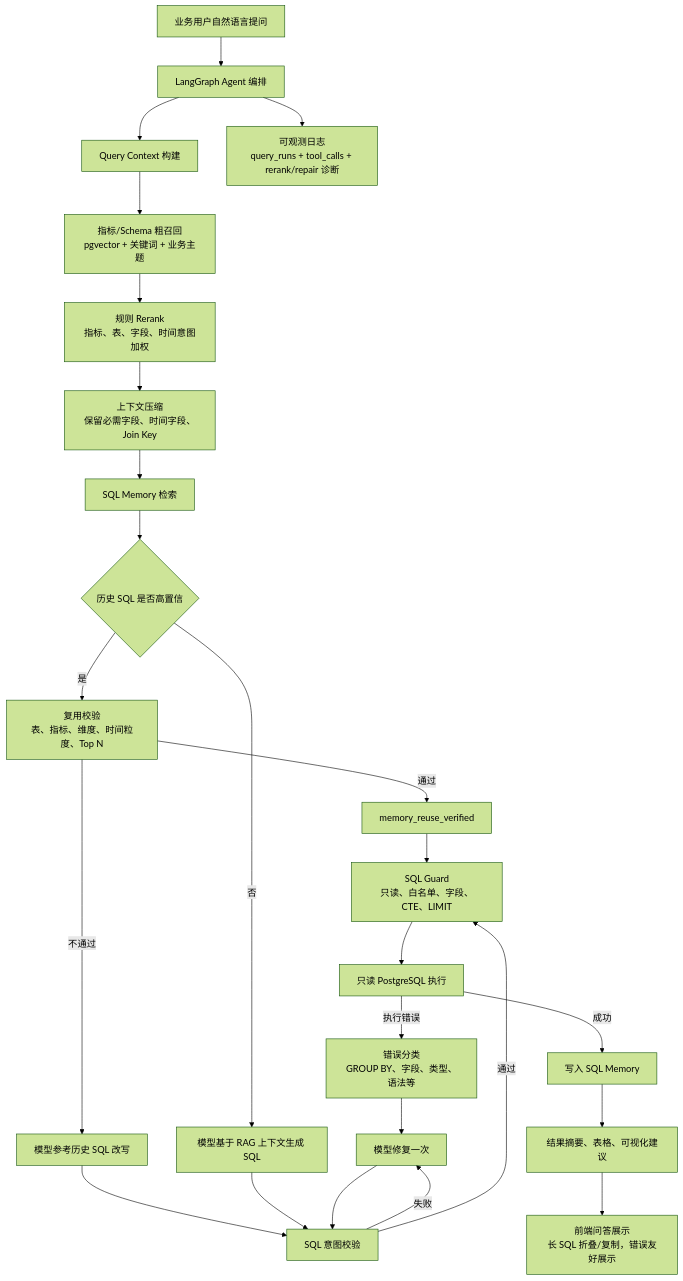
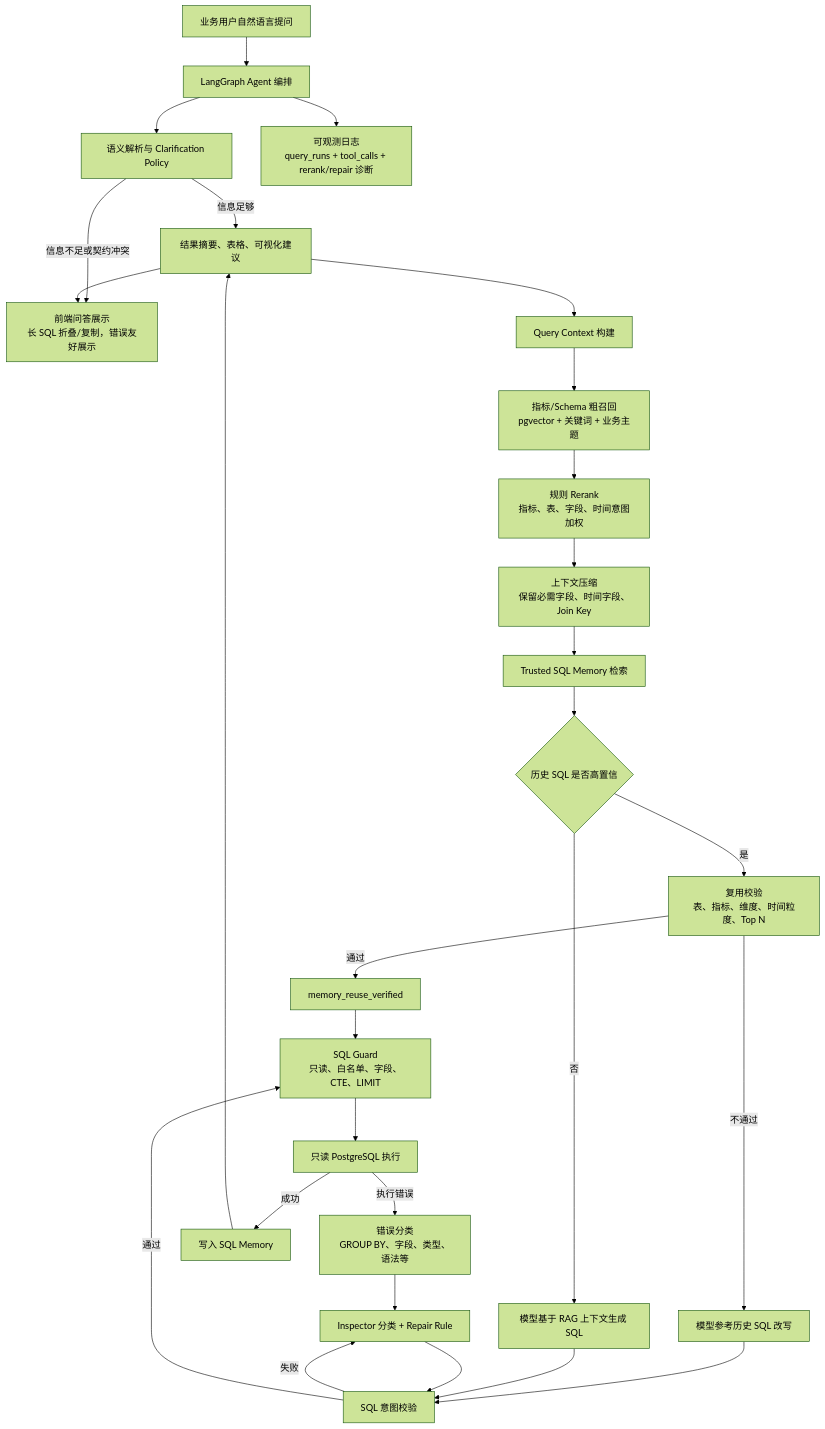
One commit to sheng143998/local-data-analysis-agent changed the diagram in README.md. Above: the diagram before and after it, drawn with Mermaid (forest theme). The commit also changed other lines of this file and 7 other files, not shown here.

````diff
--- a/README.md
+++ b/README.md
@@ -17,27 +23,30 @@
 ```mermaid
 flowchart TD
   A["业务用户自然语言提问"] --> B["LangGraph Agent 编排"]
-  B --> C["Query Context 构建"]
+  B --> S["语义解析与 Clarification Policy"]
+  S -->|信息不足或契约冲突| Q["模型生成自然澄清"]
+  S -->|信息足够| P["Query Plan"]
+  P --> C["Query Context 构建"]
   C --> C1["指标/Schema 粗召回<br/>pgvector + 关键词 + 业务主题"]
   C1 --> C2["规则 Rerank<br/>指标、表、字段、时间意图加权"]
   C2 --> C3["上下文压缩<br/>保留必需字段、时间字段、Join Key"]
-  C3 --> D["SQL Memory 检索"]
+  C3 --> D["Trusted SQL Memory 检索"]
   D --> E{"历史 SQL 是否高置信"}
   E -->|是| F["复用校验<br/>表、指标、维度、时间粒度、Top N"]
   F -->|通过| G["memory_reuse_verified"]
   F -->|不通过| H["模型参考历史 SQL 改写"]
   E -->|否| I["模型基于 RAG 上下文生成 SQL"]
   H --> J["SQL 意图校验"]
   I --> J
   G --> K["SQL Guard<br/>只读、白名单、字段、CTE、LIMIT"]
-  J -->|失败| L["模型修复一次"]
+  J -->|失败| L["Inspector 分类 + Repair Rule"]
   L --> J
   J -->|通过| K
   K --> M["只读 PostgreSQL 执行"]
   M -->|执行错误| N["错误分类<br/>GROUP BY、字段、类型、语法等"]
   N --> L
   M -->|成功| O["写入 SQL Memory"]
   O --> P["结果摘要、表格、可视化建议"]
   P --> Q["前端问答展示<br/>长 SQL 折叠/复制，错误友好展示"]
   B --> R["可观测日志<br/>query_runs + tool_calls + rerank/repair 诊断"]
 ```
````
